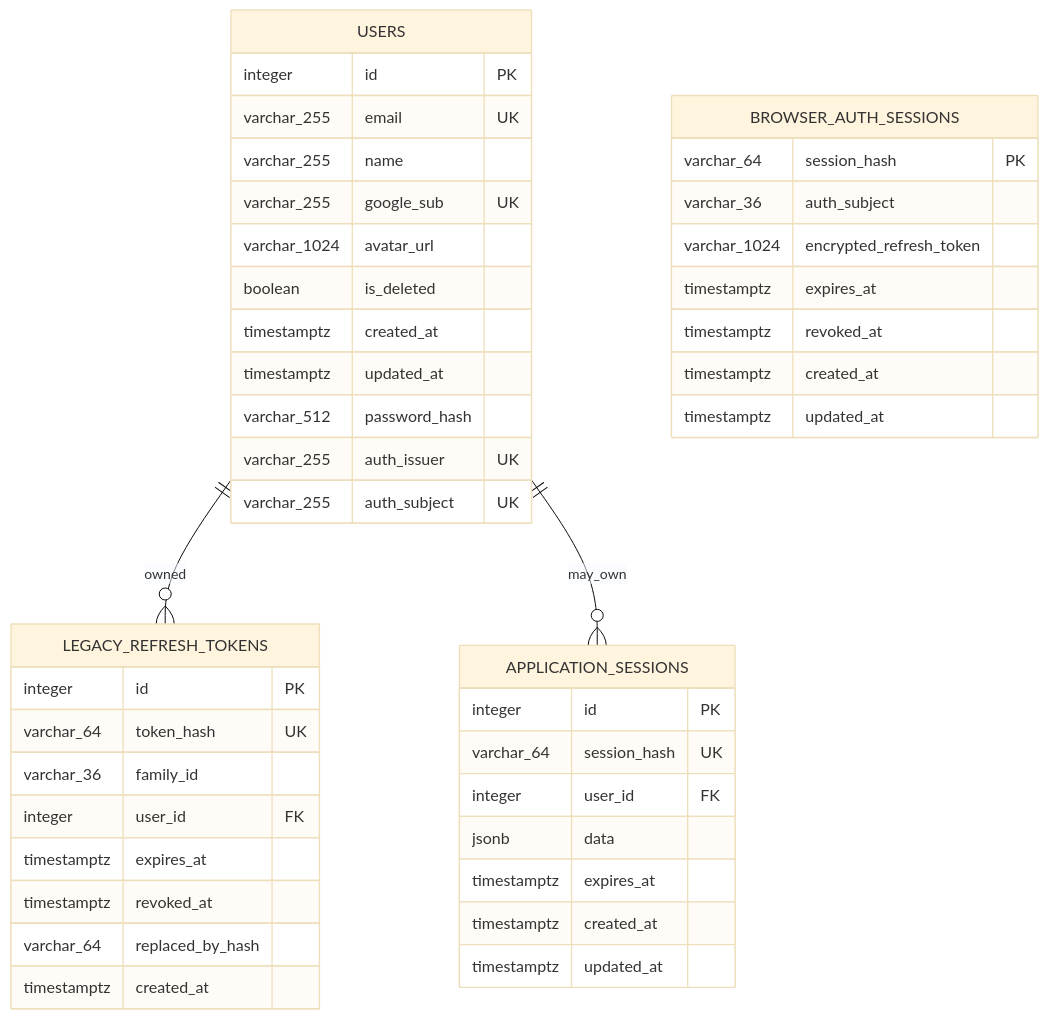
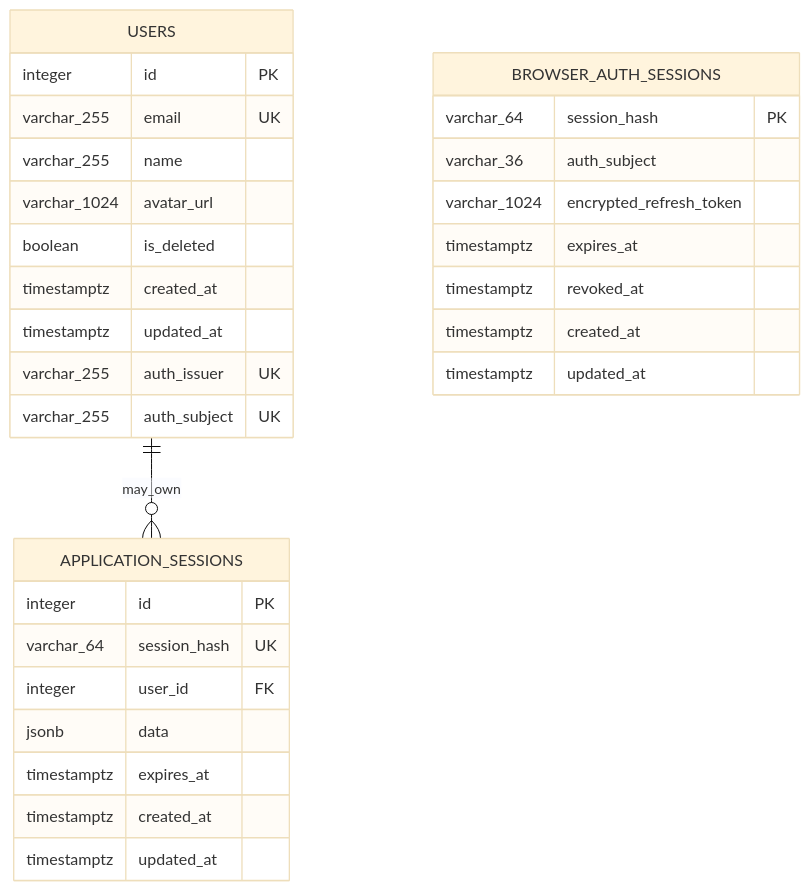
The second of 2 diagrams in docs/data-model/00-current-schema-map.md (wangd606/commonplan-api), drawn with Mermaid (base theme) before and after one commit. The commit also changed other lines of this file and 7 other files, not shown here.

````diff
--- a/docs/data-model/00-current-schema-map.md
+++ b/docs/data-model/00-current-schema-map.md
@@ -71,47 +71,34 @@
 ```mermaid
 erDiagram
-    USERS ||--o{ LEGACY_REFRESH_TOKENS : owned
     USERS ||--o{ APPLICATION_SESSIONS : may_own
 
     USERS {
         integer id PK
         varchar_255 email UK
         varchar_255 name
-        varchar_255 google_sub UK
         varchar_1024 avatar_url
         boolean is_deleted
         timestamptz created_at
         timestamptz updated_at
-        varchar_512 password_hash
         varchar_255 auth_issuer UK
         varchar_255 auth_subject UK
-    }
-    LEGACY_REFRESH_TOKENS {
-        integer id PK
-        varchar_64 token_hash UK
-        varchar_36 family_id
-        integer user_id FK
-        timestamptz expires_at
-        timestamptz revoked_at
-        varchar_64 replaced_by_hash
-        timestamptz created_at
     }
     APPLICATION_SESSIONS {
         integer id PK
         varchar_64 session_hash UK
         integer user_id FK
         jsonb data
         timestamptz expires_at
         timestamptz created_at
         timestamptz updated_at
     }
     BROWSER_AUTH_SESSIONS {
         varchar_64 session_hash PK
         varchar_36 auth_subject
         varchar_1024 encrypted_refresh_token
         timestamptz expires_at
         timestamptz revoked_at
         timestamptz created_at
         timestamptz updated_at
     }
 ```
````
